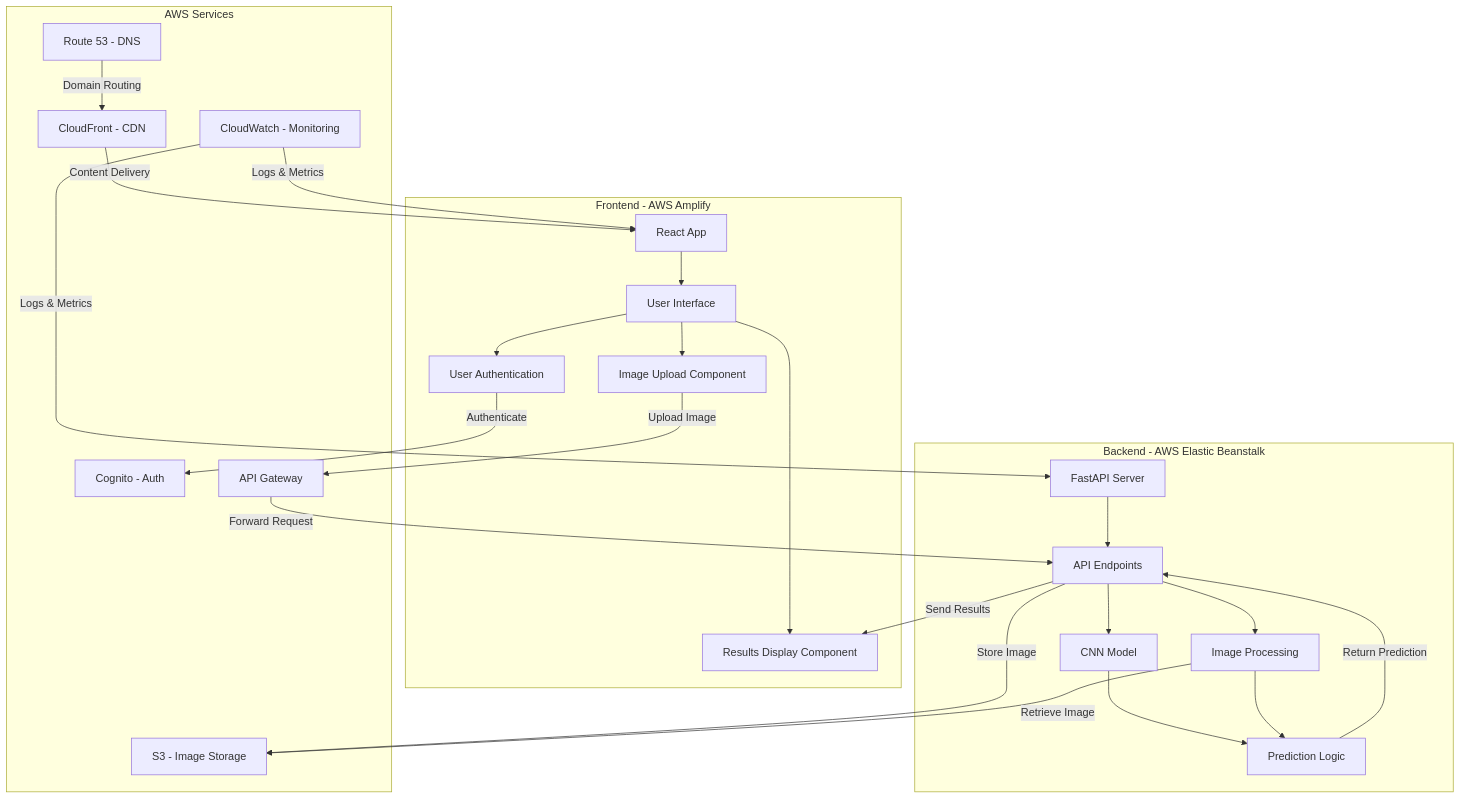
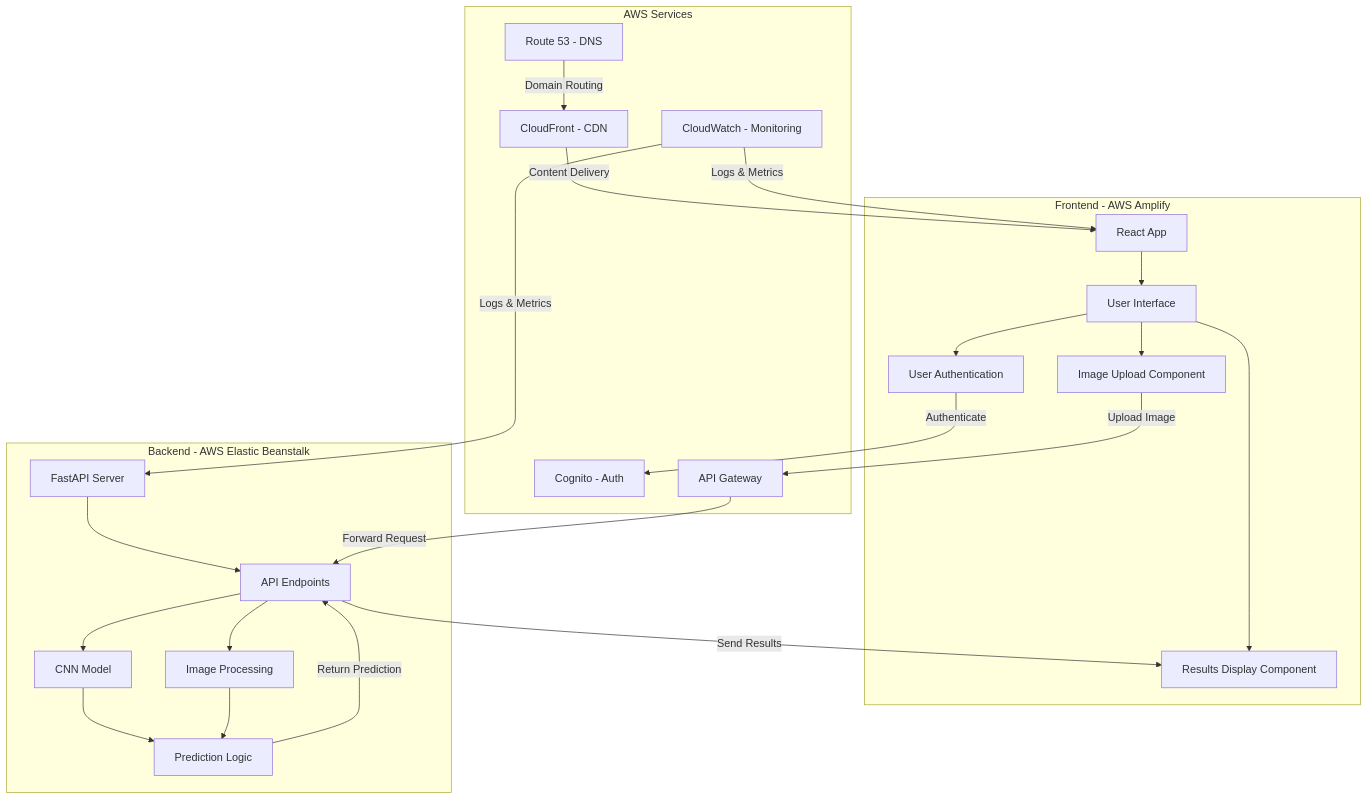
The diagram in README.md (DJFajana/210-Capstone), drawn with Mermaid before and after one commit.

````diff
--- a/README.md
+++ b/README.md
@@ -5,55 +5,52 @@
 ```mermaid
 flowchart TD
     subgraph "Frontend - AWS Amplify"
         A[React App]
         B[User Interface]
         C[Image Upload Component]
         D[Results Display Component]
         E[User Authentication]
     end
 
     subgraph "Backend - AWS Elastic Beanstalk"
         F[FastAPI Server]
         G[API Endpoints]
         H[CNN Model]
         I[Image Processing]
         J[Prediction Logic]
     end
 
     subgraph "AWS Services"
         K[Route 53 - DNS]
         L[CloudFront - CDN]
-        M[S3 - Image Storage]
         N[Cognito - Auth]
         O[API Gateway]
         P[CloudWatch - Monitoring]
     end
 
     %% Frontend flow
     A --> B
     B --> C
     B --> D
     B --> E
 
     %% Backend flow
     F --> G
     G --> H
     G --> I
     H --> J
     I --> J
 
     %% Integration flow
     C -->|Upload Image| O
     O -->|Forward Request| G
-    G -->|Store Image| M
-    I -->|Retrieve Image| M
     J -->|Return Prediction| G
     G -->|Send Results| D
     E -->|Authenticate| N
 
     %% Infrastructure connections
     K -->|Domain Routing| L
     L -->|Content Delivery| A
     P -->|Logs & Metrics| F
     P -->|Logs & Metrics| A
 ```
````
